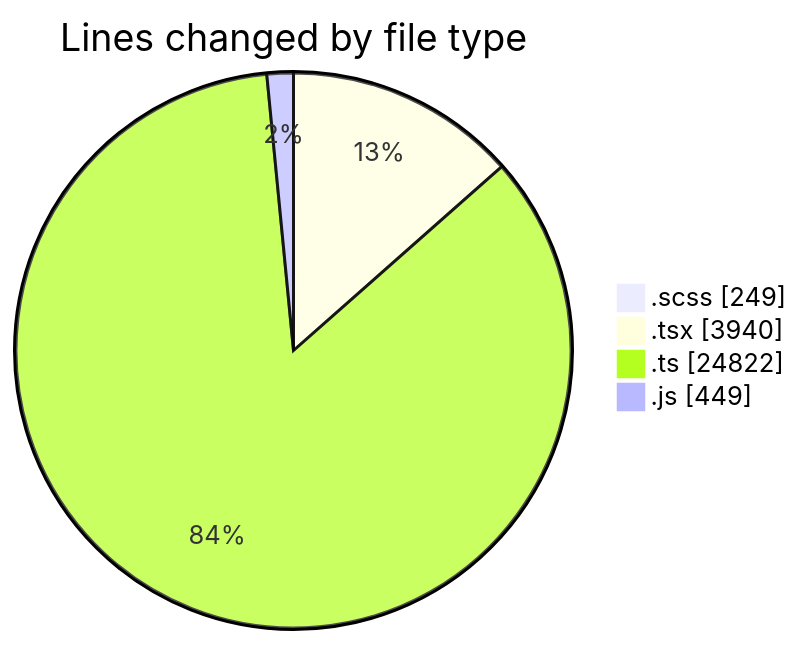
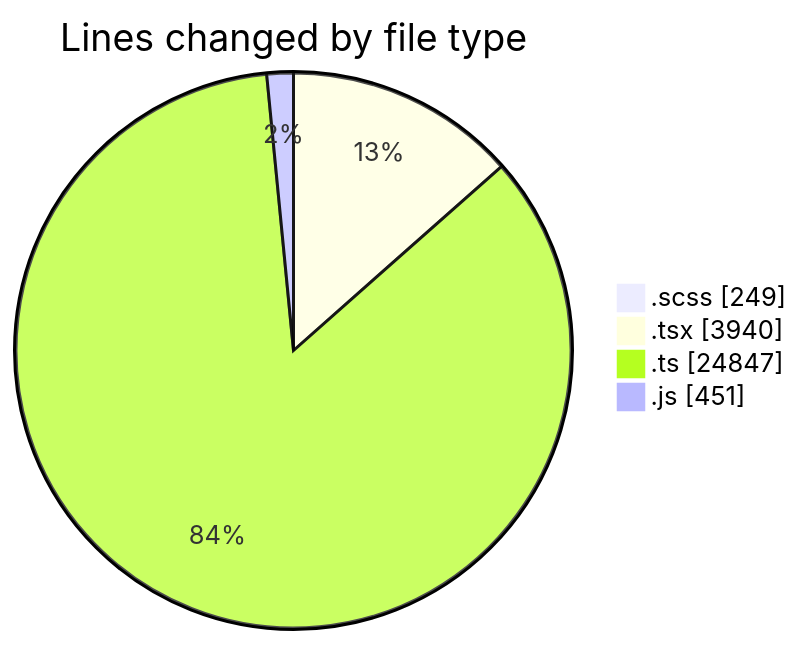
Before and after one commit to momahboobian/code-tracking: the first of 2 diagrams in 2025-09-26/cda/README.md, drawn with Mermaid. The commit also changed other lines of this file and 1 other file, not shown here.

````diff
--- a/2025-09-26/cda/README.md
+++ b/2025-09-26/cda/README.md
@@ -32,8 +32,8 @@
 ```mermaid
 pie showData
 title Lines changed by file type
 ".scss" : 249
 ".tsx" : 3940
-".ts" : 24822
-".js" : 449
+".ts" : 24847
+".js" : 451
 ```
````
